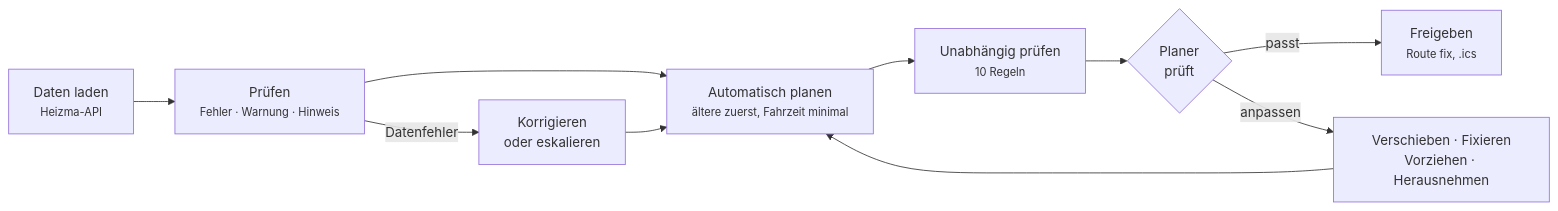
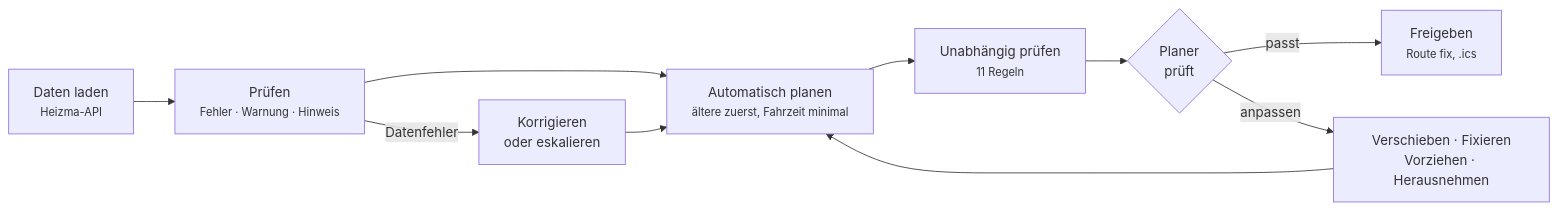
The diagram in docs/01-aufgabe-und-ergebnis.md (oekfbIT/Heizma), drawn with Mermaid before and after one commit. The commit also changed other lines of this file and 55 other files, not shown here.

````diff
--- a/docs/01-aufgabe-und-ergebnis.md
+++ b/docs/01-aufgabe-und-ergebnis.md
@@ -19,12 +19,12 @@
 ```mermaid
 flowchart LR
   A["Daten laden<br/><small>Heizma-API</small>"] --> B["Prüfen<br/><small>Fehler · Warnung · Hinweis</small>"]
   B --> C["Automatisch planen<br/><small>ältere zuerst, Fahrzeit minimal</small>"]
-  C --> D["Unabhängig prüfen<br/><small>10 Regeln</small>"]
+  C --> D["Unabhängig prüfen<br/><small>11 Regeln</small>"]
   D --> E{"Planer<br/>prüft"}
   E -->|passt| F["Freigeben<br/><small>Route fix, .ics</small>"]
   E -->|"anpassen"| G["Verschieben · Fixieren<br/>Vorziehen · Herausnehmen"]
   G --> C
   B -->|"Datenfehler"| H["Korrigieren<br/>oder eskalieren"]
   H --> C
 ```
````
